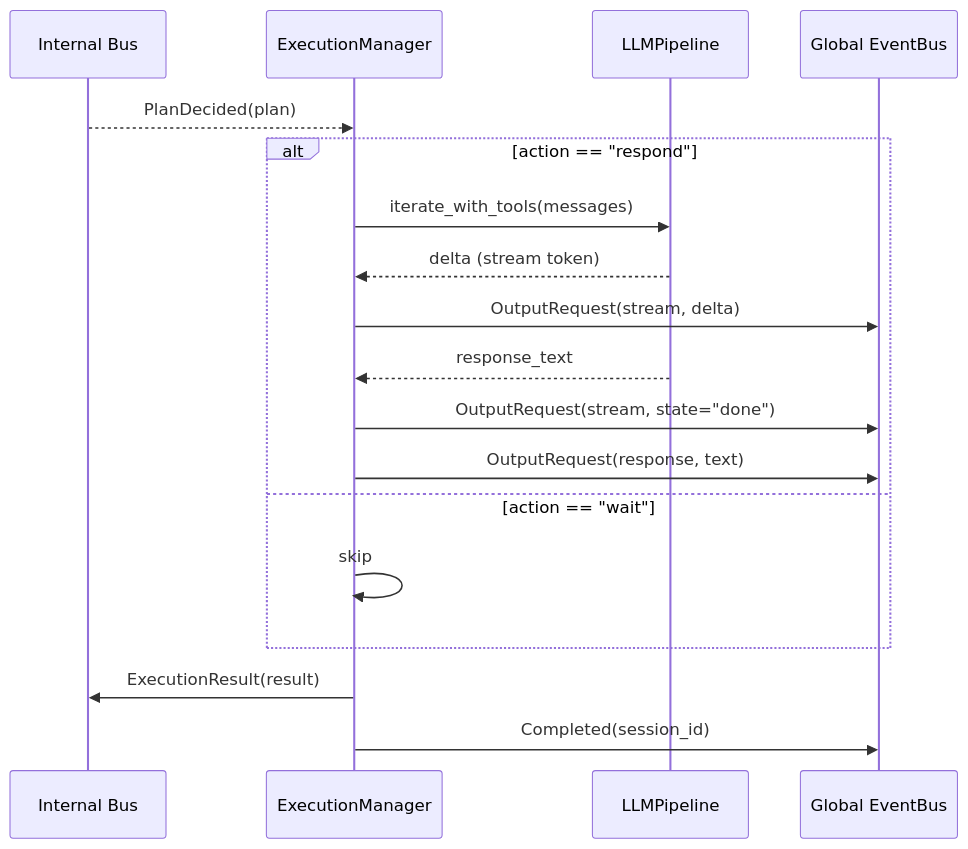
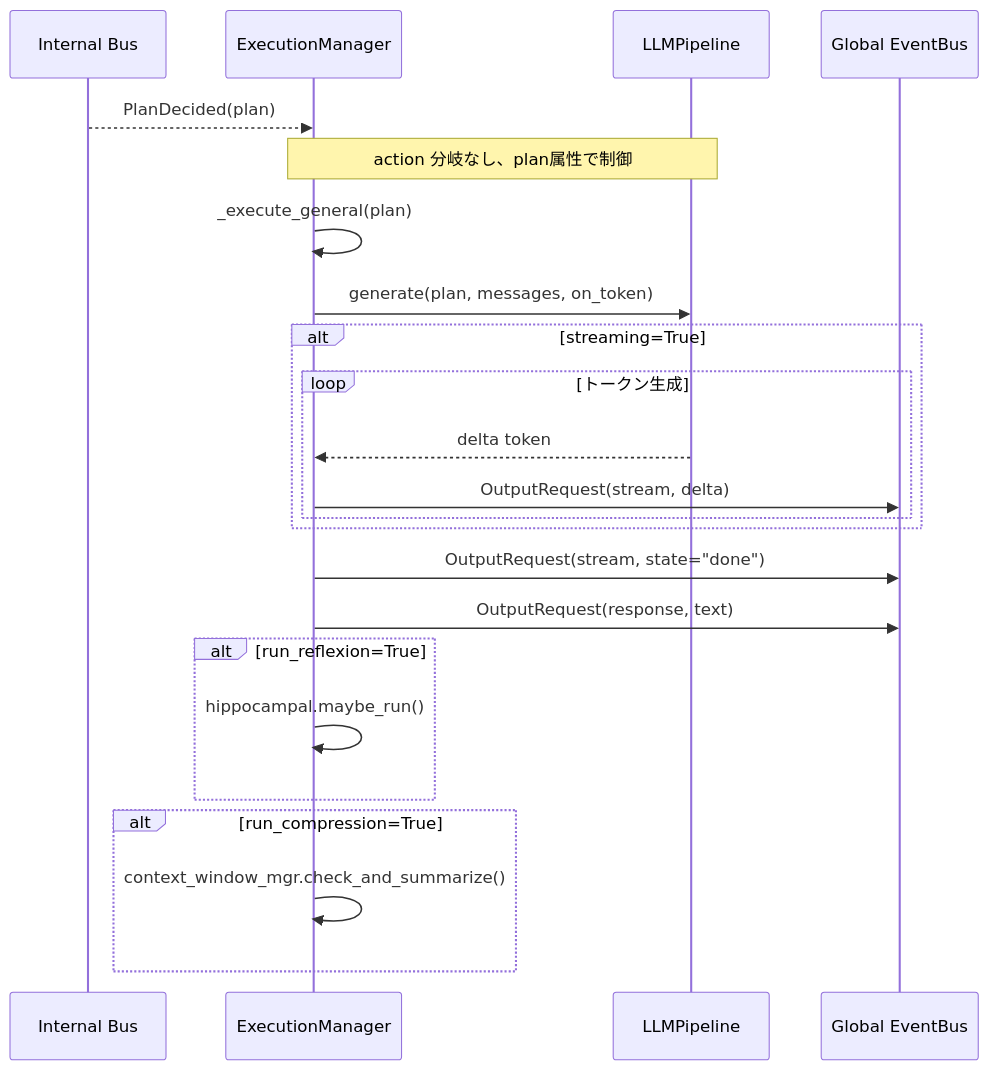
Before and after one commit to ibukani/iris-mind: the third of 3 diagrams in docs/agency-layer.md, drawn with Mermaid. The commit also changed other lines of this file and 3 other files, not shown here.

````diff
--- a/docs/agency-layer.md
+++ b/docs/agency-layer.md
@@ -146,23 +162,30 @@
 ```mermaid
 sequenceDiagram
     participant IB as Internal Bus
     participant EX as ExecutionManager
     participant LLM as LLMPipeline
     participant EB as Global EventBus
 
     IB-->>EX: PlanDecided(plan)
 
-    alt action == "respond"
-        EX->>LLM: iterate_with_tools(messages)
-        LLM-->>EX: delta (stream token)
-        EX->>EB: OutputRequest(stream, delta)
-        LLM-->>EX: response_text
-        EX->>EB: OutputRequest(stream, state="done")
-        EX->>EB: OutputRequest(response, text)
-    else action == "wait"
-        EX->>EX: skip
+    Note over EX,LLM: action 分岐なし、plan属性で制御
+    EX->>EX: _execute_general(plan)
+    EX->>LLM: generate(plan, messages, on_token)
+
+    alt streaming=True
+        loop トークン生成
+            LLM-->>EX: delta token
+            EX->>EB: OutputRequest(stream, delta)
+        end
     end
 
-    EX->>IB: ExecutionResult(result)
-    EX->>EB: Completed(session_id)
+    EX->>EB: OutputRequest(stream, state="done")
+    EX->>EB: OutputRequest(response, text)
+
+    alt run_reflexion=True
+        EX->>EX: hippocampal.maybe_run()
+    end
+    alt run_compression=True
+        EX->>EX: context_window_mgr.check_and_summarize()
+    end
 ```
````
